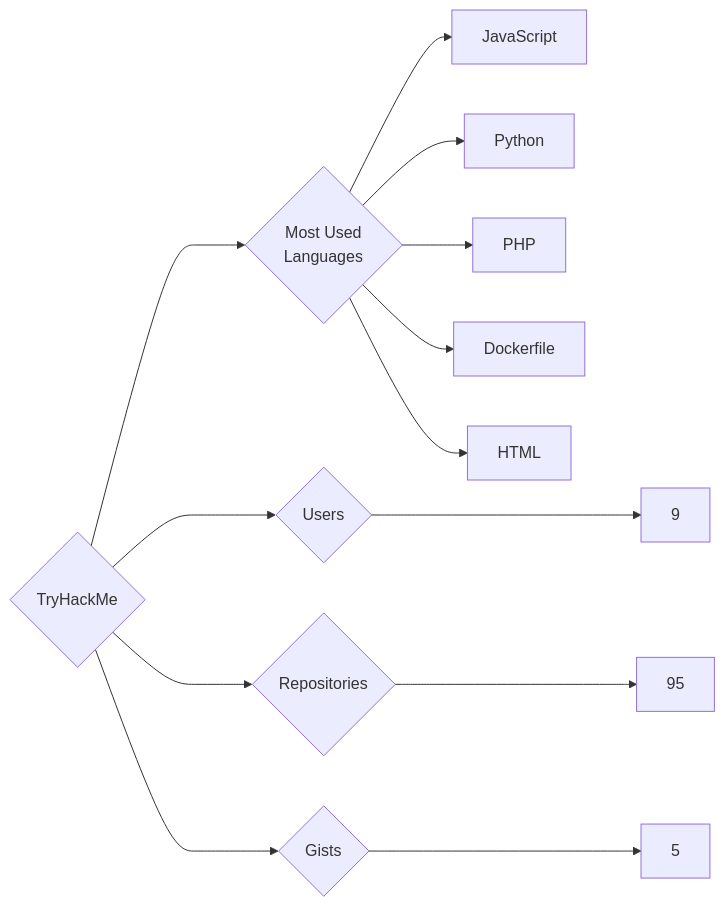
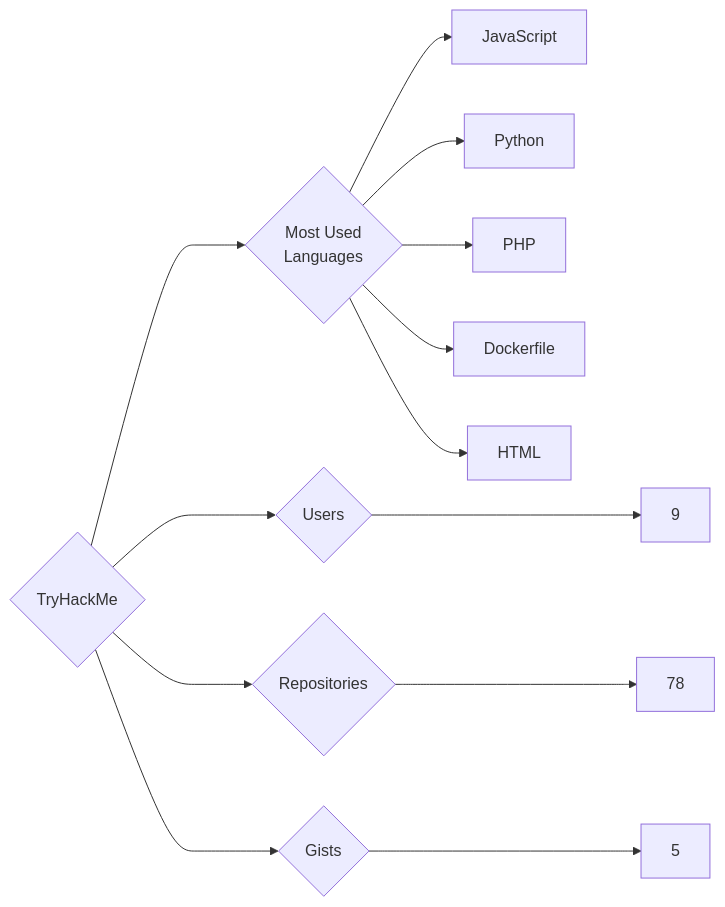
One commit to trickest/insiders changed the diagram in targets/TryHackMe/README.md. Above: the diagram before and after it, drawn with Mermaid. The commit also changed 1479 other files, not shown here.

````diff
--- a/targets/TryHackMe/README.md
+++ b/targets/TryHackMe/README.md
@@ -3,13 +3,13 @@
 ```mermaid
 graph LR
 COMPANY_NAME{TryHackMe}
 COMPANY_NAME ---> U{Users} ---> UN[9]
-COMPANY_NAME ---> R{Repositories} ---> RN[95]
+COMPANY_NAME ---> R{Repositories} ---> RN[78]
 COMPANY_NAME ---> G{Gists} ---> GN[5]
 COMPANY_NAME ---> ML{Most Used<br>Languages}
 ML --> JavaScript[JavaScript]
 ML --> Python[Python]
 ML --> PHP[PHP]
 ML --> Dockerfile[Dockerfile]
 ML --> HTML[HTML]
 ```
````
